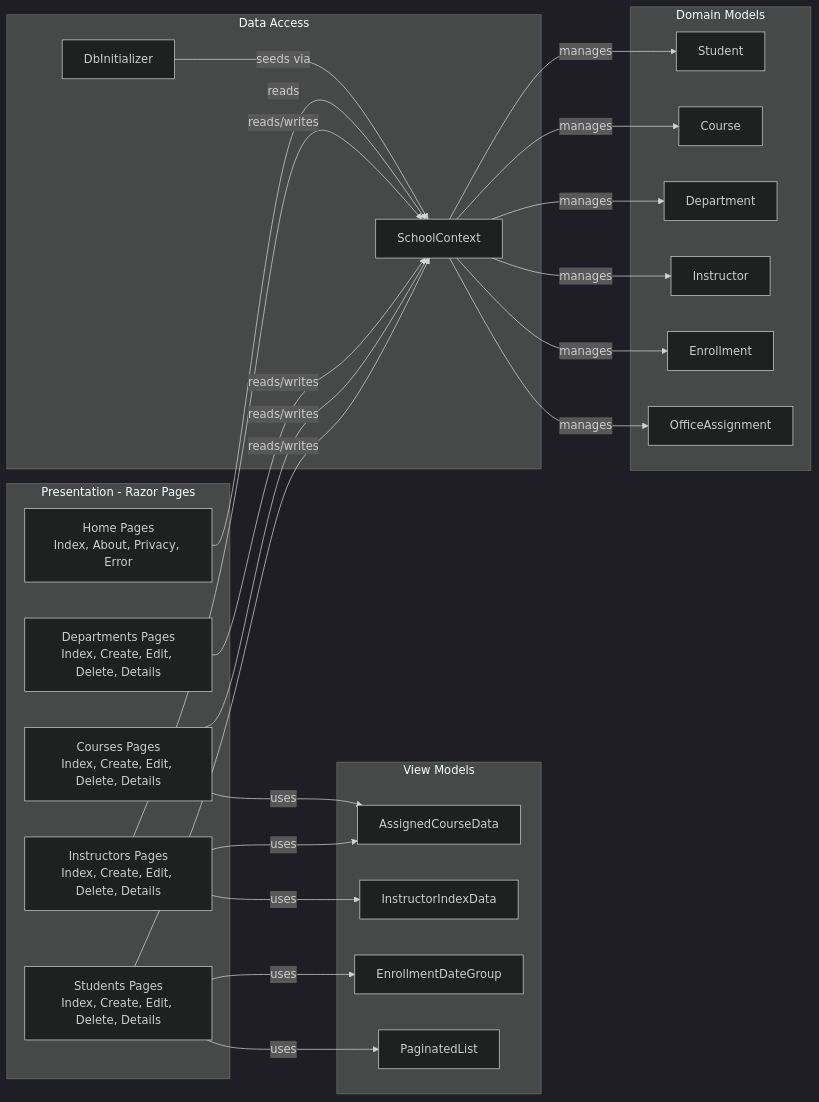
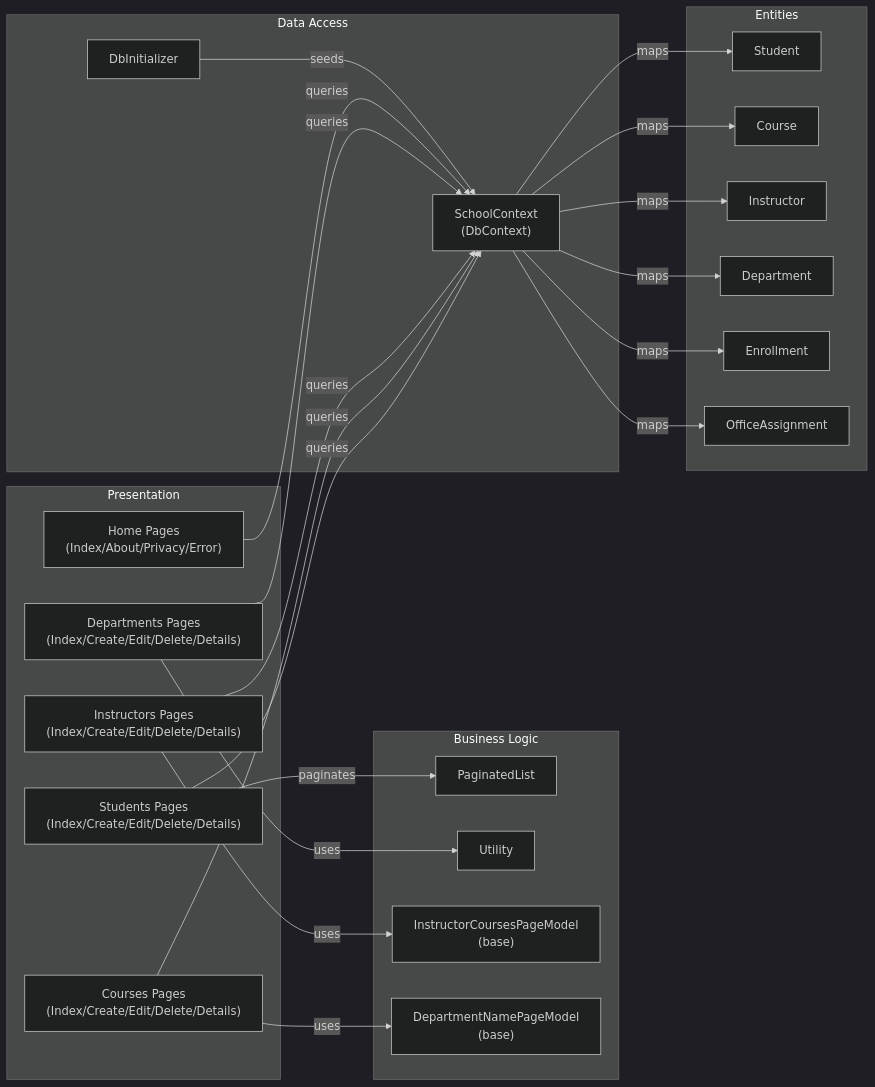
The second of 2 diagrams in .github/modernize/architecture-diagram.md (zhoufenqin/ContosoUniversity), drawn with Mermaid (dark theme) before and after one commit. The commit also changed other lines of this file and 269 other files, not shown here.

Commit message:
Add assessment report, architecture diagram, and dependency map

````diff
--- a/.github/modernize/architecture-diagram.md
+++ b/.github/modernize/architecture-diagram.md
@@ -37,46 +32,45 @@
 ```mermaid
 flowchart LR
-    subgraph Presentation["Presentation - Razor Pages"]
-        StudentsPages["Students Pages\nIndex, Create, Edit, Delete, Details"]
-        CoursesPages["Courses Pages\nIndex, Create, Edit, Delete, Details"]
-        DepartmentsPages["Departments Pages\nIndex, Create, Edit, Delete, Details"]
-        InstructorsPages["Instructors Pages\nIndex, Create, Edit, Delete, Details"]
-        HomePages["Home Pages\nIndex, About, Privacy, Error"]
+    subgraph Presentation["Presentation"]
+        StudentsPages["Students Pages\n(Index/Create/Edit/Delete/Details)"]
+        CoursesPages["Courses Pages\n(Index/Create/Edit/Delete/Details)"]
+        InstructorsPages["Instructors Pages\n(Index/Create/Edit/Delete/Details)"]
+        DepartmentsPages["Departments Pages\n(Index/Create/Edit/Delete/Details)"]
+        HomePages["Home Pages\n(Index/About/Privacy/Error)"]
     end
-    subgraph Domain["Domain Models"]
+    subgraph Business["Business Logic"]
+        PaginatedList["PaginatedList"]
+        Utility["Utility"]
+        InstructorCoursesBase["InstructorCoursesPageModel\n(base)"]
+        DeptNameBase["DepartmentNamePageModel\n(base)"]
+    end
+    subgraph DataAccess["Data Access"]
+        SchoolContext["SchoolContext\n(DbContext)"]
+        DbInitializer["DbInitializer"]
+    end
+    subgraph Entities["Entities"]
         Student["Student"]
         Course["Course"]
+        Instructor["Instructor"]
         Department["Department"]
-        Instructor["Instructor"]
         Enrollment["Enrollment"]
         OfficeAssignment["OfficeAssignment"]
     end
-    subgraph ViewModelLayer["View Models"]
-        AssignedCourseData["AssignedCourseData"]
-        InstructorIndexData["InstructorIndexData"]
-        EnrollmentDateGroup["EnrollmentDateGroup"]
-        PaginatedList["PaginatedList"]
-    end
-    subgraph DataAccess["Data Access"]
-        SchoolContext["SchoolContext"]
-        DbInitializer["DbInitializer"]
-    end
 
-    StudentsPages -->|"reads/writes"| SchoolContext
-    CoursesPages -->|"reads/writes"| SchoolContext
-    DepartmentsPages -->|"reads/writes"| SchoolContext
-    InstructorsPages -->|"reads/writes"| SchoolContext
-    HomePages -->|"reads"| SchoolContext
-    StudentsPages -->|"uses"| PaginatedList
-    StudentsPages -->|"uses"| EnrollmentDateGroup
-    InstructorsPages -->|"uses"| InstructorIndexData
-    InstructorsPages -->|"uses"| AssignedCourseData
-    CoursesPages -->|"uses"| AssignedCourseData
-    SchoolContext -->|"manages"| Student
-    SchoolContext -->|"manages"| Course
-    SchoolContext -->|"manages"| Department
-    SchoolContext -->|"manages"| Instructor
-    SchoolContext -->|"manages"| Enrollment
-    SchoolContext -->|"manages"| OfficeAssignment
-    DbInitializer -->|"seeds via"| SchoolContext
+    StudentsPages -->|"paginates"| PaginatedList
+    StudentsPages -->|"queries"| SchoolContext
+    CoursesPages -->|"uses"| DeptNameBase
+    CoursesPages -->|"queries"| SchoolContext
+    InstructorsPages -->|"uses"| InstructorCoursesBase
+    InstructorsPages -->|"queries"| SchoolContext
+    DepartmentsPages -->|"uses"| Utility
+    DepartmentsPages -->|"queries"| SchoolContext
+    HomePages -->|"queries"| SchoolContext
+    SchoolContext -->|"maps"| Student
+    SchoolContext -->|"maps"| Course
+    SchoolContext -->|"maps"| Instructor
+    SchoolContext -->|"maps"| Department
+    SchoolContext -->|"maps"| Enrollment
+    SchoolContext -->|"maps"| OfficeAssignment
+    DbInitializer -->|"seeds"| SchoolContext
 ```
````
